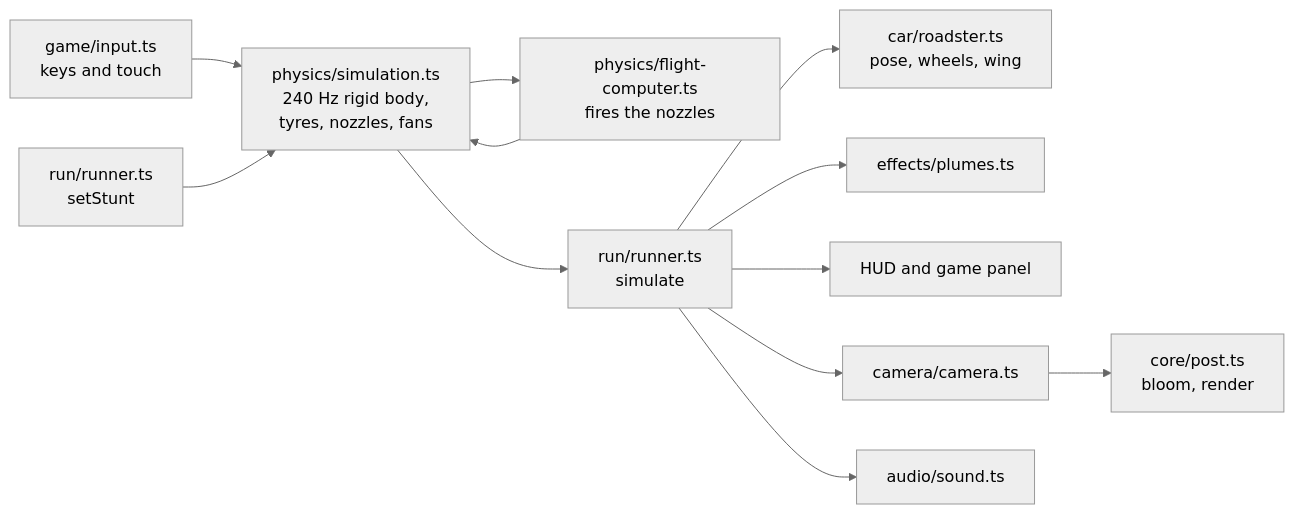
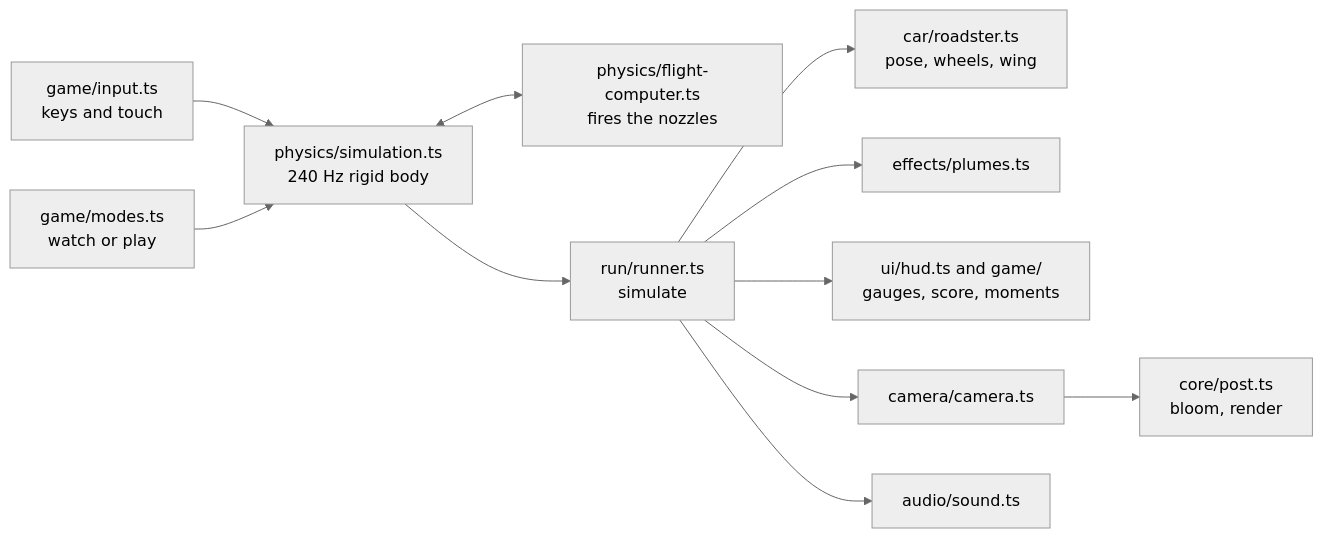
The diagram in CONTRIBUTING.md (Aashishgtbit/roadster-liftoff), drawn with Mermaid (neutral theme) before and after one commit. The commit also changed other lines of this file and 10 other files, not shown here.

````diff
--- a/CONTRIBUTING.md
+++ b/CONTRIBUTING.md
@@ -17,14 +45,13 @@
 ```mermaid
 flowchart LR
   input[game/input.ts<br>keys and touch] --> sim
-  stunt[run/runner.ts<br>setStunt] --> sim
-  sim[physics/simulation.ts<br>240 Hz rigid body,<br>tyres, nozzles, fans] --> fc[physics/flight-computer.ts<br>fires the nozzles]
-  fc --> sim
+  modes[game/modes.ts<br>watch or play] --> sim
+  sim[physics/simulation.ts<br>240 Hz rigid body] <--> fc[physics/flight-computer.ts<br>fires the nozzles]
   sim --> runner[run/runner.ts<br>simulate]
   runner --> car[car/roadster.ts<br>pose, wheels, wing]
   runner --> plumes[effects/plumes.ts]
-  runner --> hud[HUD and game panel]
+  runner --> hud[ui/hud.ts and game/<br>gauges, score, moments]
   runner --> camera[camera/camera.ts]
   runner --> sound[audio/sound.ts]
   camera --> post[core/post.ts<br>bloom, render]
 ```
````
